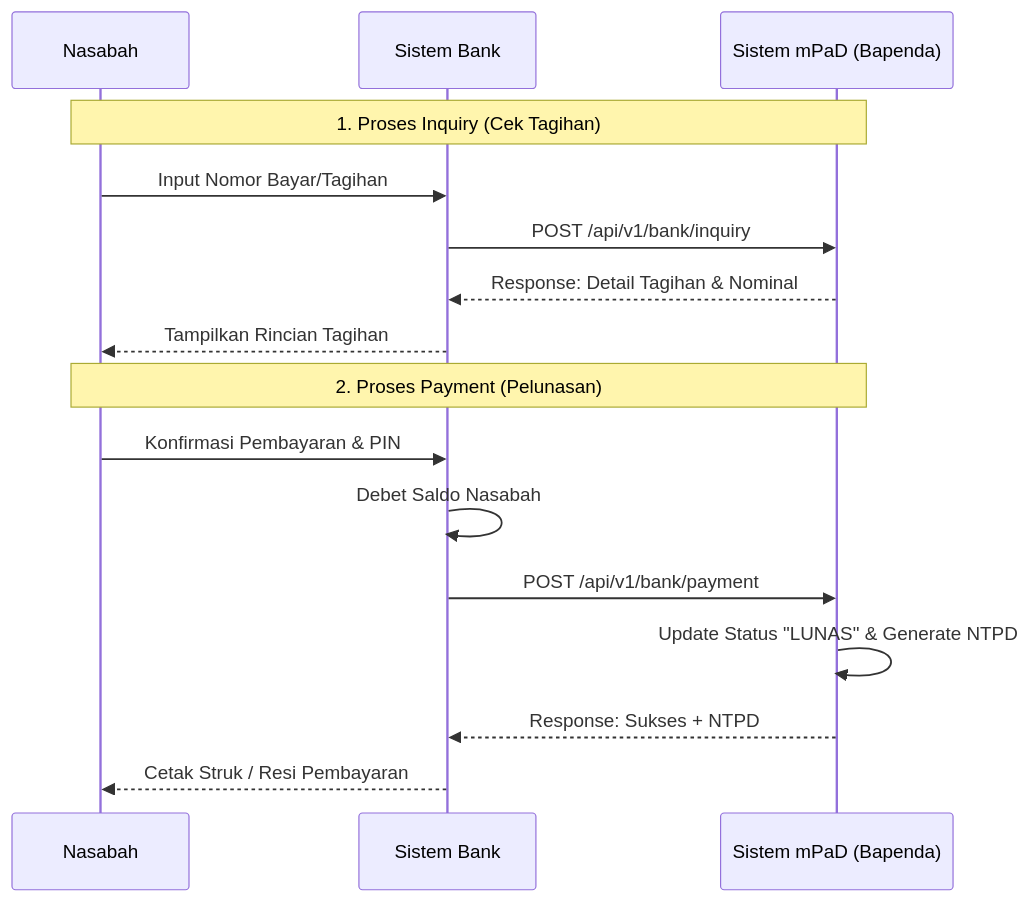
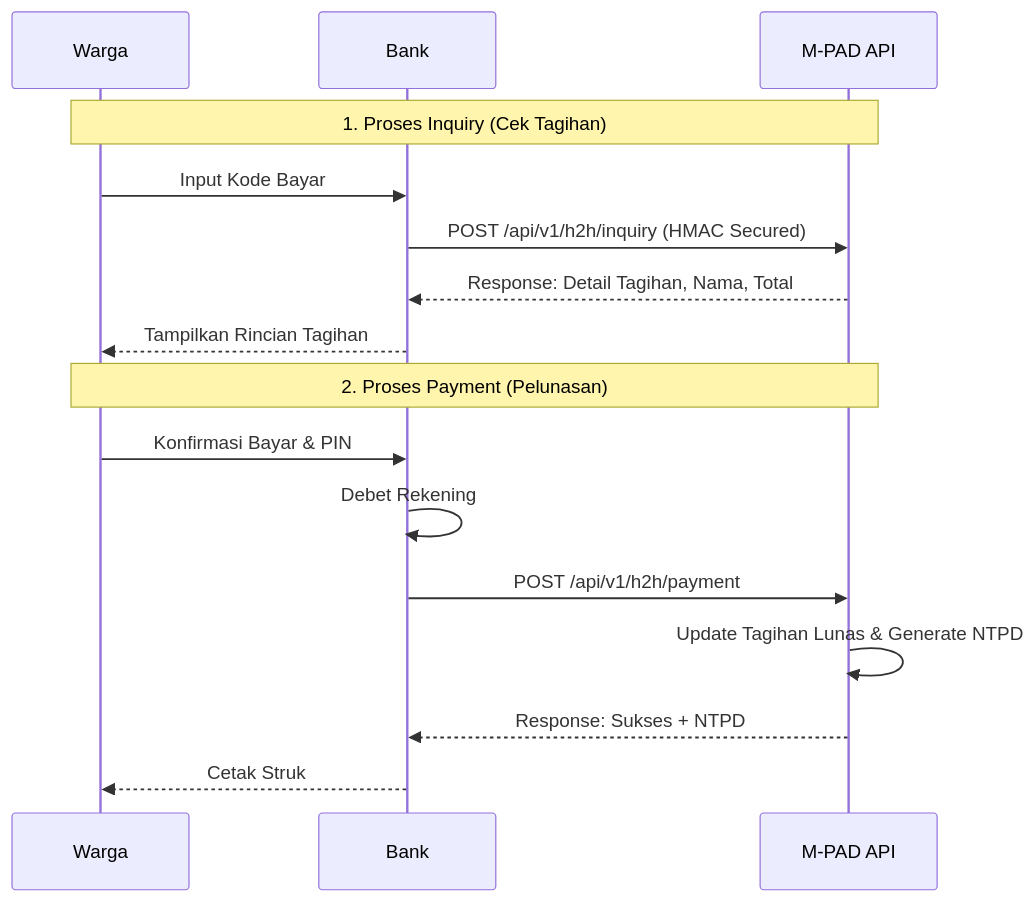
The third of 3 diagrams in docs/Dokumen_Perencanaan_Sistem_Pendapatan_Baubau.md (arif-rizal1122/retribusi-api), drawn with Mermaid before and after one commit. The commit also changed other lines of this file, not shown here.

```diff
--- a/docs/Dokumen_Perencanaan_Sistem_Pendapatan_Baubau.md
+++ b/docs/Dokumen_Perencanaan_Sistem_Pendapatan_Baubau.md
@@ -87,20 +124,20 @@
 <div class="mermaid">
 sequenceDiagram
-    participant Nasabah
-    participant Bank as Sistem Bank
-    participant mPaD as Sistem mPaD (Bapenda)
+    participant Warga
+    participant Bank
+    participant Biller_API as M-PAD API
 
-    Note over Nasabah,mPaD: 1. Proses Inquiry (Cek Tagihan)
-    Nasabah->>Bank: Input Nomor Bayar/Tagihan
-    Bank->>mPaD: POST /api/v1/bank/inquiry
-    mPaD-->>Bank: Response: Detail Tagihan & Nominal
-    Bank-->>Nasabah: Tampilkan Rincian Tagihan
+    Note over Warga,Biller_API: 1. Proses Inquiry (Cek Tagihan)
+    Warga->>Bank: Input Kode Bayar
+    Bank->>Biller_API: POST /api/v1/h2h/inquiry (HMAC Secured)
+    Biller_API-->>Bank: Response: Detail Tagihan, Nama, Total
+    Bank-->>Warga: Tampilkan Rincian Tagihan
 
-    Note over Nasabah,mPaD: 2. Proses Payment (Pelunasan)
-    Nasabah->>Bank: Konfirmasi Pembayaran & PIN
-    Bank->>Bank: Debet Saldo Nasabah
-    Bank->>mPaD: POST /api/v1/bank/payment
-    mPaD->>mPaD: Update Status "LUNAS" & Generate NTPD
-    mPaD-->>Bank: Response: Sukses + NTPD
-    Bank-->>Nasabah: Cetak Struk / Resi Pembayaran
+    Note over Warga,Biller_API: 2. Proses Payment (Pelunasan)
+    Warga->>Bank: Konfirmasi Bayar & PIN
+    Bank->>Bank: Debet Rekening
+    Bank->>Biller_API: POST /api/v1/h2h/payment
+    Biller_API->>Biller_API: Update Tagihan Lunas & Generate NTPD
+    Biller_API-->>Bank: Response: Sukses + NTPD
+    Bank-->>Warga: Cetak Struk
 </div>
```
